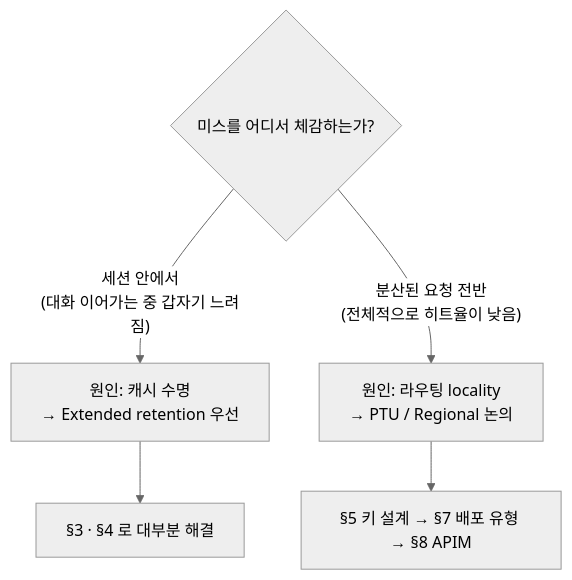
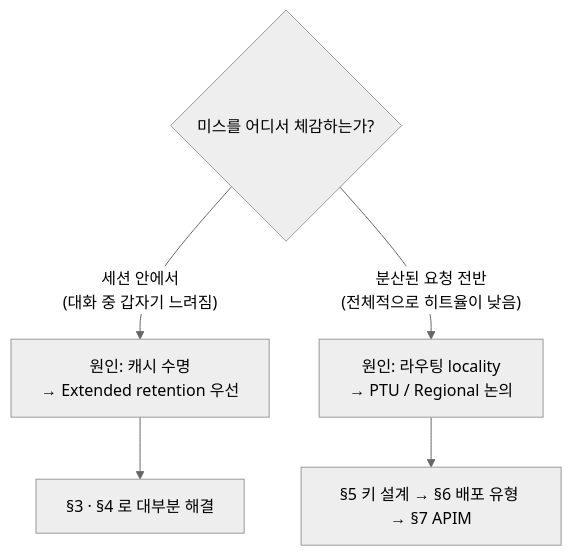
One commit to yunkyoungaum/aoai-onboarding-guide changed the third of 6 diagrams in guides/05-aoai-cache-performance/source.md. Above: the diagram before and after it, drawn with Mermaid (neutral theme). The commit also changed other lines of this file and 1 other file, not shown here.

````diff
--- a/guides/05-aoai-cache-performance/source.md
+++ b/guides/05-aoai-cache-performance/source.md
@@ -174,8 +149,8 @@
 ```mermaid
 flowchart TB
     Q{"미스를 어디서 체감하는가?"}
-    Q -->|"세션 안에서<br/>(대화 이어가는 중 갑자기 느려짐)"| A["원인: 캐시 수명<br/>→ Extended retention 우선"]
+    Q -->|"세션 안에서<br/>(대화 중 갑자기 느려짐)"| A["원인: 캐시 수명<br/>→ Extended retention 우선"]
     Q -->|"분산된 요청 전반<br/>(전체적으로 히트율이 낮음)"| B["원인: 라우팅 locality<br/>→ PTU / Regional 논의"]
     A --> C["§3 · §4 로 대부분 해결"]
-    B --> D["§5 키 설계 → §7 배포 유형 → §8 APIM"]
+    B --> D["§5 키 설계 → §6 배포 유형 → §7 APIM"]
 ```
````
